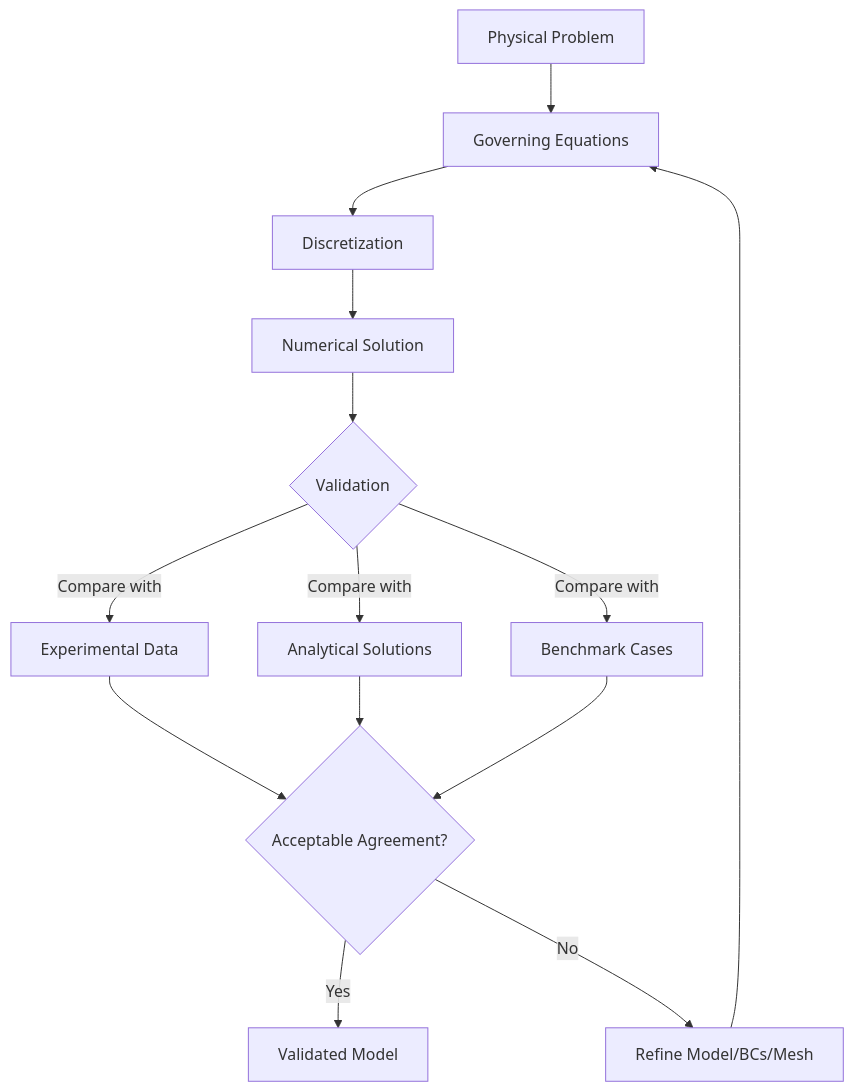
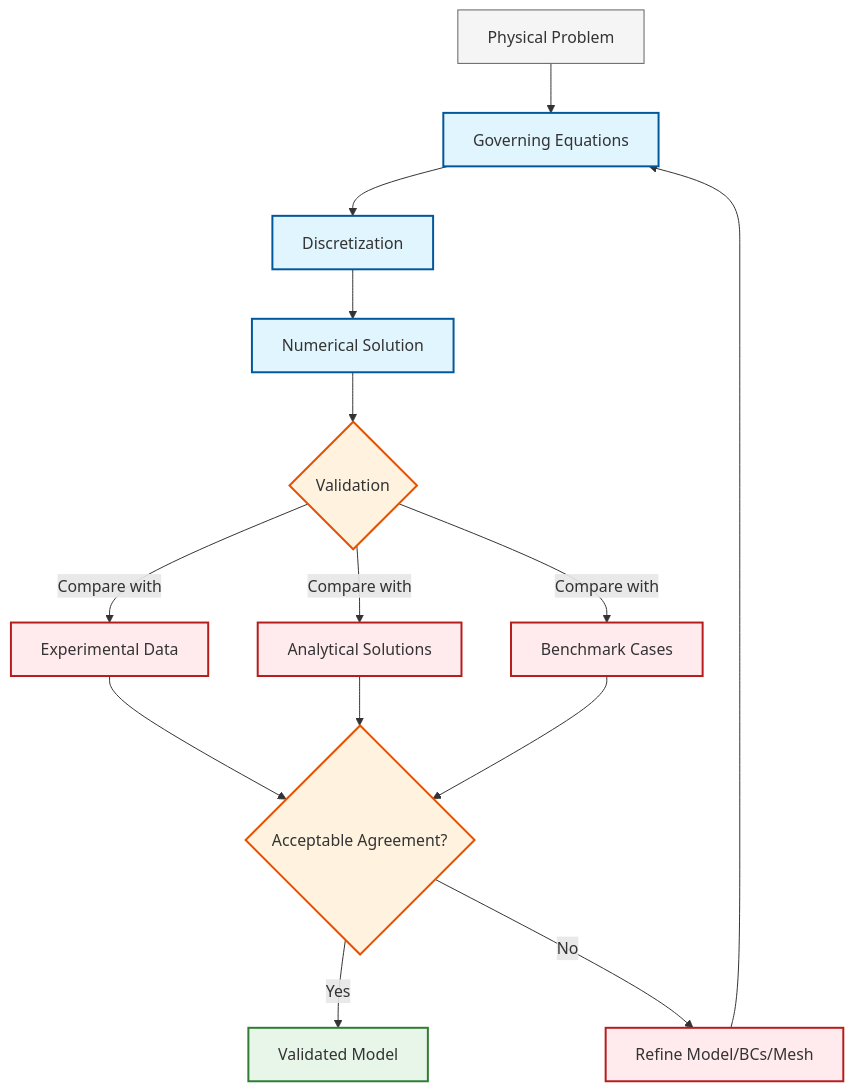
The first of 2 diagrams in MODULE_08_TESTING_VALIDATION/CONTENT/03_VALIDATION_BENCHMARKS/00_Overview.md (wramet/build-my-cfd), drawn with Mermaid before and after one commit. The commit also changed other lines of this file and 313 other files, not shown here.

Commit message:
Revise all diagram

````diff
--- a/MODULE_08_TESTING_VALIDATION/CONTENT/03_VALIDATION_BENCHMARKS/00_Overview.md
+++ b/MODULE_08_TESTING_VALIDATION/CONTENT/03_VALIDATION_BENCHMARKS/00_Overview.md
@@ -18,16 +18,21 @@
 ```mermaid
-graph TD
-    A[Physical Problem] --> B[Governing Equations]
-    B --> C[Discretization]
-    C --> D[Numerical Solution]
-    D --> E{Validation}
-    E -->|Compare with| F[Experimental Data]
-    E -->|Compare with| G[Analytical Solutions]
-    E -->|Compare with| H[Benchmark Cases]
-    F --> I{Acceptable Agreement?}
-    G --> I
-    H --> I
-    I -- Yes --> J[Validated Model]
-    I -- No --> K[Refine Model/BCs/Mesh]
-    K --> B
+flowchart TD
+classDef implicit fill:#e1f5fe,stroke:#01579b,stroke-width:2px
+classDef explicit fill:#ffebee,stroke:#b71c1c,stroke-width:2px
+classDef success fill:#e8f5e9,stroke:#2e7d32,stroke-width:2px
+classDef context fill:#f5f5f5,stroke:#616161,stroke-width:1px
+classDef warning fill:#fff3e0,stroke:#e65100,stroke-width:2px
+A[Physical Problem]:::context --> B[Governing Equations]:::implicit
+B --> C[Discretization]:::implicit
+C --> D[Numerical Solution]:::implicit
+D --> E{Validation}:::warning
+E -->|"Compare with"| F[Experimental Data]:::explicit
+E -->|"Compare with"| G[Analytical Solutions]:::explicit
+E -->|"Compare with"| H[Benchmark Cases]:::explicit
+F --> I{Acceptable Agreement?}:::warning
+G --> I
+H --> I
+I -- Yes --> J[Validated Model]:::success
+I -- No --> K[Refine Model/BCs/Mesh]:::explicit
+K --> B
 ```
````
